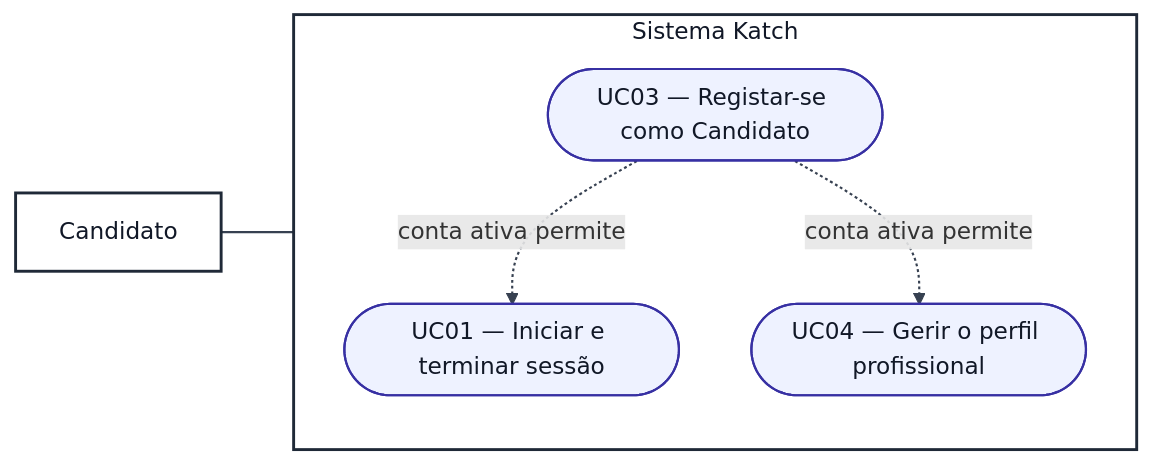
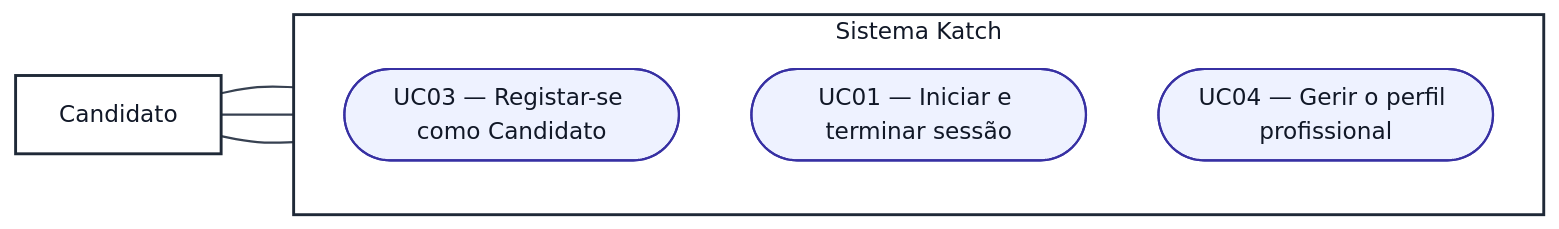
One commit to katch-lds/katch-docs changed the second of 2 diagrams in 04-artefactos-tecnicos/04.04-casos-de-uso/m2-especificacoes-casos-uso-v01.md. Above: the diagram before and after it, drawn with Mermaid. The commit also changed other lines of this file, not shown here.

````diff
--- a/04-artefactos-tecnicos/04.04-casos-de-uso/m2-especificacoes-casos-uso-v01.md
+++ b/04-artefactos-tecnicos/04.04-casos-de-uso/m2-especificacoes-casos-uso-v01.md
@@ -303,22 +303,22 @@
 ```mermaid
 flowchart LR
     ACand["Candidato"]
 
     subgraph Katch["Sistema Katch"]
         direction TB
         UC03(["UC03 — Registar-se como Candidato"])
         UC01(["UC01 — Iniciar e terminar sessão"])
         UC04(["UC04 — Gerir o perfil profissional"])
     end
 
     ACand --- UC03
-    UC03 -.->|"conta ativa permite"| UC01
-    UC03 -.->|"conta ativa permite"| UC04
+    ACand --- UC01
+    ACand --- UC04
 
     classDef ator fill:#ffffff,stroke:#1f2937,stroke-width:2px,color:#111827
     classDef uc fill:#eef2ff,stroke:#3730a3,stroke-width:1.5px,color:#111827
     class ACand ator
     class UC01,UC03,UC04 uc
     style Katch fill:#ffffff,stroke:#1f2937,stroke-width:2px,color:#111827
     linkStyle default stroke:#374151,stroke-width:1.5px
 ```
````
